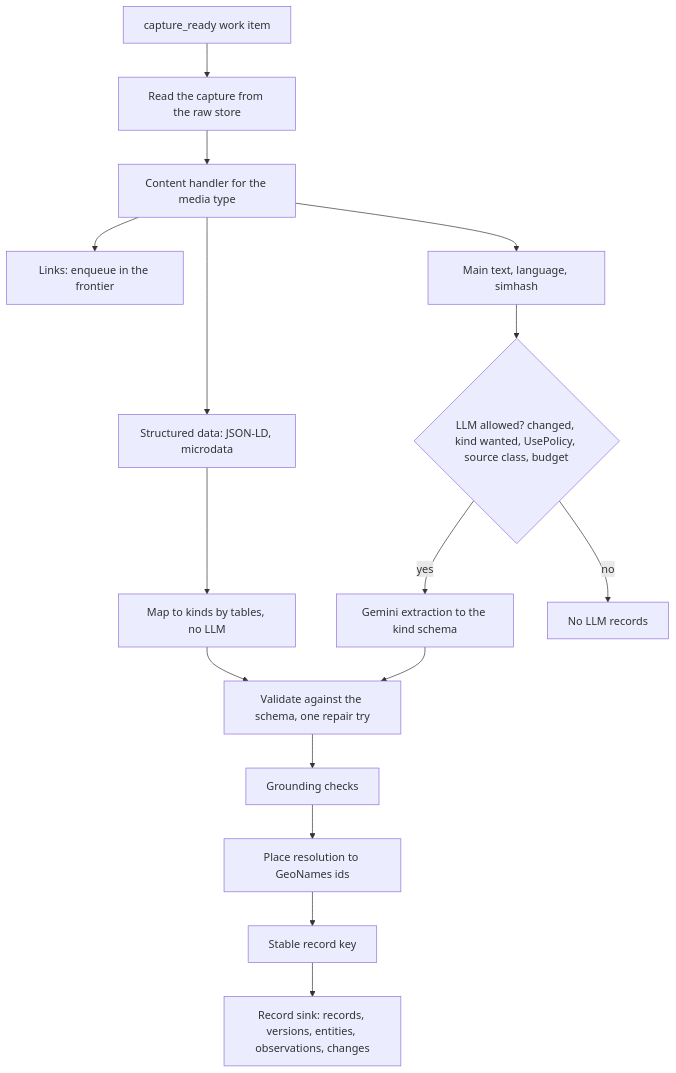
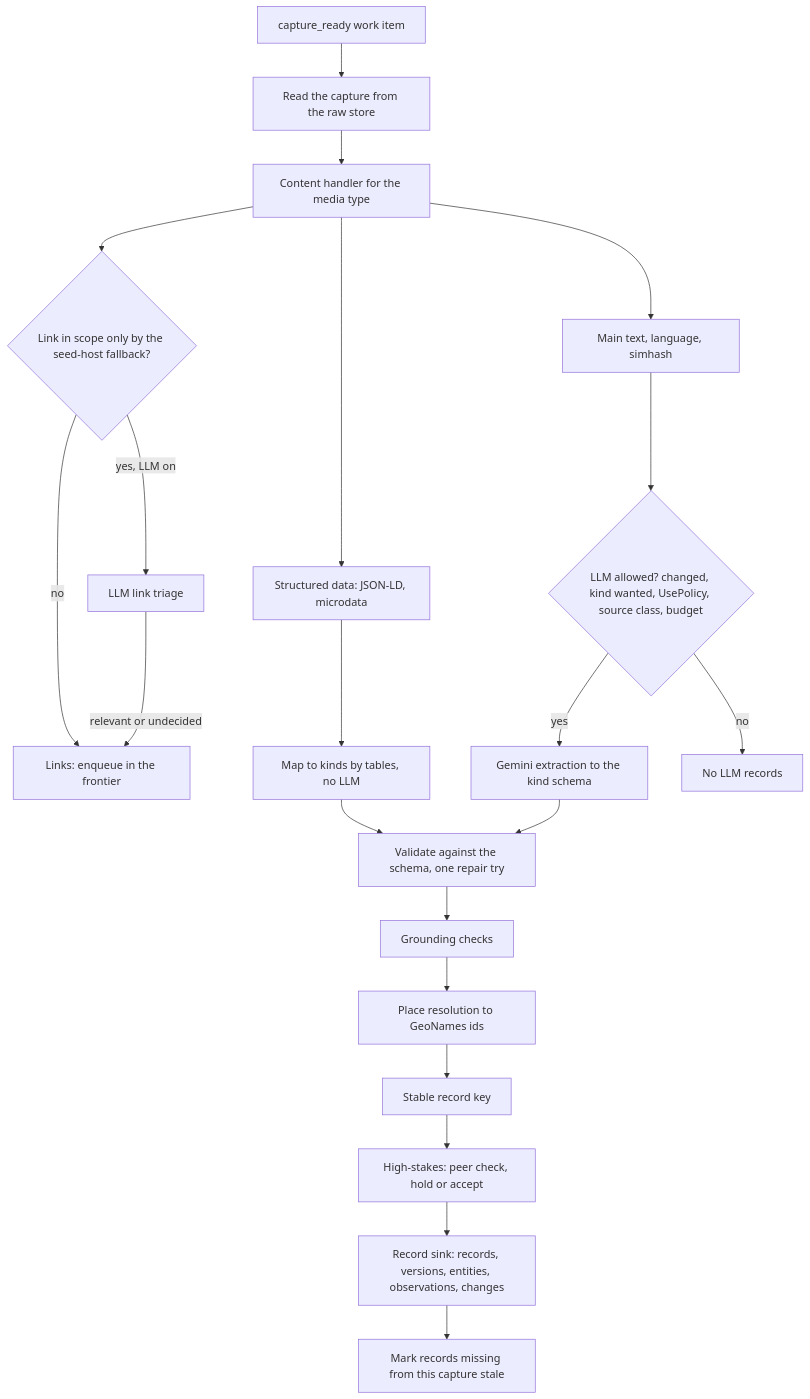
Before and after one commit to rupakc/travel-planner-crawler: the diagram in docs/wiki/Processing-and-Extraction.md, drawn with Mermaid. The commit also changed other lines of this file and 40 other files, not shown here.

````diff
--- a/docs/wiki/Processing-and-Extraction.md
+++ b/docs/wiki/Processing-and-Extraction.md
@@ -17,18 +18,23 @@
 ```mermaid
 flowchart TB
   CAP["capture_ready work item"] --> RAW["Read the capture from the raw store"]
   RAW --> H["Content handler for the media type"]
-  H --> LINKS["Links: enqueue in the frontier"]
+  H --> TRI{"Link in scope only by the seed-host fallback?"}
+  TRI -->|"yes, LLM on"| LT["LLM link triage"]
+  TRI -->|"no"| LINKS["Links: enqueue in the frontier"]
+  LT -->|"relevant or undecided"| LINKS
   H --> SD["Structured data: JSON-LD, microdata"]
   H --> TXT["Main text, language, simhash"]
   SD --> MAP["Map to kinds by tables, no LLM"]
   TXT --> GATE{"LLM allowed? changed, kind wanted, UsePolicy, source class, budget"}
   GATE -->|"yes"| LLM["Gemini extraction to the kind schema"]
   GATE -->|"no"| SKIP["No LLM records"]
   MAP --> VAL["Validate against the schema, one repair try"]
   LLM --> VAL
   VAL --> GR["Grounding checks"]
   GR --> PLACE["Place resolution to GeoNames ids"]
   PLACE --> KEY["Stable record key"]
-  KEY --> SINK["Record sink: records, versions, entities, observations, changes"]
+  KEY --> PEERS["High-stakes: peer check, hold or accept"]
+  PEERS --> SINK["Record sink: records, versions, entities, observations, changes"]
+  SINK --> STALE["Mark records missing from this capture stale"]
 ```
````
